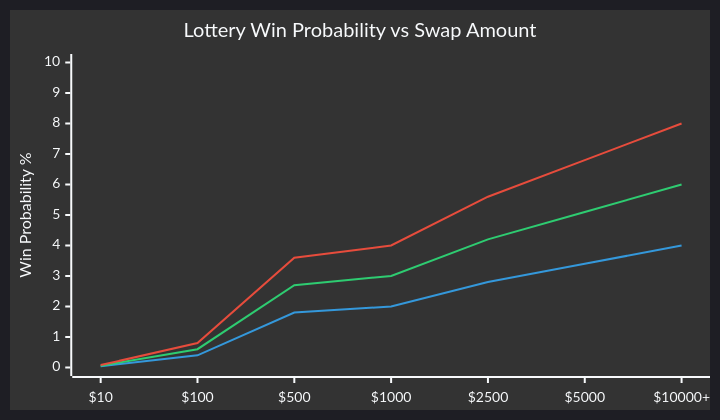
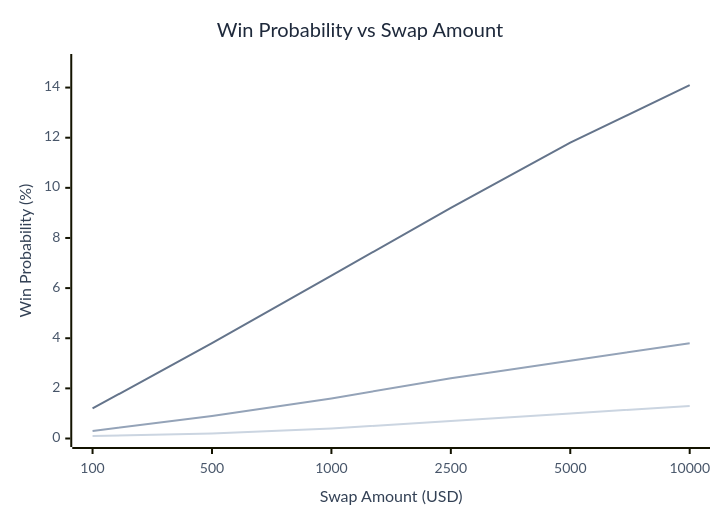
The third of 5 diagrams in docs/intro.md (wenakita/sonicreddragon-docs), drawn with Mermaid before and after one commit. The commit also changed other lines of this file and 3 other files, not shown here.

````diff
--- a/docs/intro.md
+++ b/docs/intro.md
@@ -153,22 +127,28 @@
 ```mermaid
 %%{init: {
-  'theme': 'dark',
+  'theme': 'base',
   'themeVariables': {
-    'primaryColor': '#059669',
-    'primaryTextColor': '#f8fafc',
+    'primaryColor': '#f8fafc',
+    'primaryTextColor': '#334155',
+    'primaryBorderColor': '#64748b',
     'lineColor': '#64748b',
-    'tertiaryColor': '#0f172a'
-  },
-  'xyChart': {
-    'width': 700,
-    'height': 400
+    'xyChart': {
+      'backgroundColor': '#ffffff',
+      'titleColor': '#1e293b',
+      'xAxisLabelColor': '#475569',
+      'yAxisLabelColor': '#475569',
+      'xAxisTitleColor': '#334155',
+      'yAxisTitleColor': '#334155',
+      'plotColorPalette': '#64748b,#94a3b8,#cbd5e1'
+    }
   }
 }}%%
+
 xychart-beta
-    title "Lottery Win Probability vs Swap Amount"
-    x-axis ["$10", "$100", "$500", "$1000", "$2500", "$5000", "$10000+"]
-    y-axis "Win Probability %" 0 --> 10
-    line [0.04, 0.4, 1.8, 2.0, 2.8, 3.4, 4.0]
-    line [0.06, 0.6, 2.7, 3.0, 4.2, 5.1, 6.0]
-    line [0.08, 0.8, 3.6, 4.0, 5.6, 6.8, 8.0]
+    title "Win Probability vs Swap Amount"
+    x-axis "Swap Amount (USD)" [100, 500, 1000, 2500, 5000, 10000]
+    y-axis "Win Probability (%)" 0 --> 15
+    line "Weekly Draw" [1.2, 3.8, 6.5, 9.2, 11.8, 14.1]
+    line "Monthly Jackpot" [0.3, 0.9, 1.6, 2.4, 3.1, 3.8]
+    line "Instant Win" [0.1, 0.2, 0.4, 0.7, 1.0, 1.3]
 ```
````
